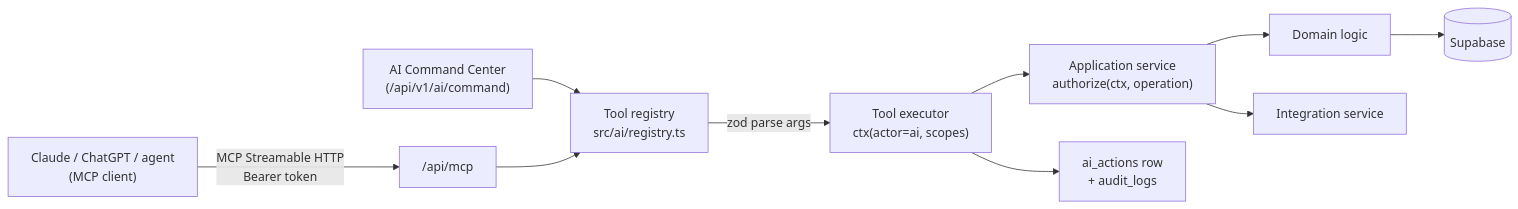
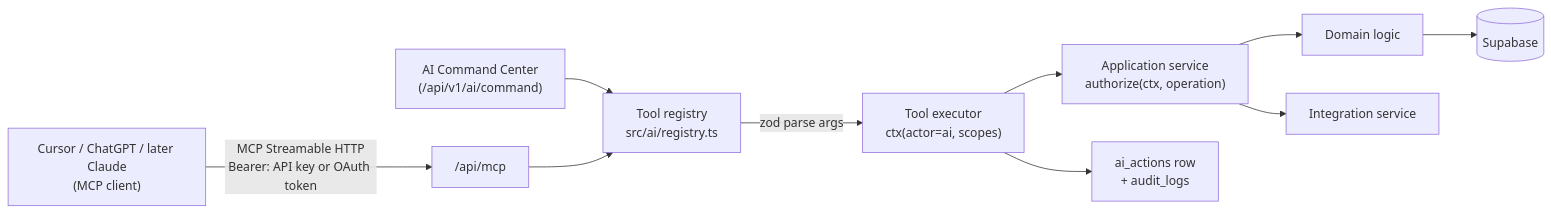
One commit to PNCTriet/personal-os changed the diagram in docs/ai-tools.md. Above: the diagram before and after it, drawn with Mermaid. The commit also changed other lines of this file and 14 other files, not shown here.

First line of the commit message:
docs: ADR-017 client order Cursor -> ChatGPT (OAuth in Phase 1.5b); accept TD ADRs

````diff
--- a/docs/ai-tools.md
+++ b/docs/ai-tools.md
@@ -8,11 +8,11 @@
 ```mermaid
 flowchart LR
-    C["Claude / ChatGPT / agent<br/>(MCP client)"] -->|"MCP Streamable HTTP<br/>Bearer token"| M["/api/mcp"]
+    C["Cursor / ChatGPT / later Claude<br/>(MCP client)"] -->|"MCP Streamable HTTP<br/>Bearer: API key or OAuth token"| M["/api/mcp"]
     CC["AI Command Center<br/>(/api/v1/ai/command)"] --> R
     M --> R["Tool registry<br/>src/ai/registry.ts"]
     R -->|"zod parse args"| X["Tool executor<br/>ctx(actor=ai, scopes)"]
     X --> S["Application service<br/>authorize(ctx, operation)"]
     S --> D["Domain logic"] --> DB[("Supabase")]
     S --> I["Integration service"]
     X --> L["ai_actions row<br/>+ audit_logs"]
 ```
````
